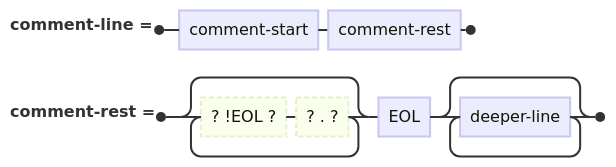
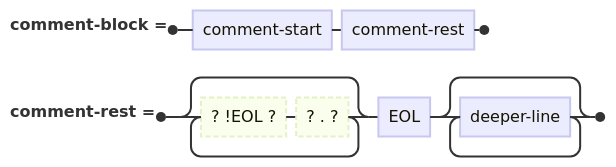
Before and after one commit to v2-io/udon: the tenth of 10 diagrams in v2/spec-lite-0.1.0/.int/railroad-2026-10-21.md, drawn with Mermaid. The commit also changed other lines of this file and 1 other file, not shown here.

First line of the commit message:
spec-lite-0.1.0: railroad: line is blank / comment-block / block-line / prose; block-line is what sameline named (Joseph, 2026-10-21), built from starts and items with the fence as the only last-item; verbatim recorded

````diff
--- a/v2/spec-lite-0.1.0/.int/railroad-2026-10-21.md
+++ b/v2/spec-lite-0.1.0/.int/railroad-2026-10-21.md
@@ -160,7 +163,7 @@
 ```mermaid
 railroad-peg-beta
-title "A comment line"
-comment-line <- comment-start comment-rest ;
+title "A comment block"
+comment-block <- comment-start comment-rest ;
 comment-rest <- (!EOL .)* EOL deeper-line* ;
 %% [[rule:comment-blocks]], [[rule:comment-block-owns-deeper-lines]]: everything deeper than the semicolon's column is the comment's, unparsed. OPEN: whether the space after the semicolon is content
 ```
````
